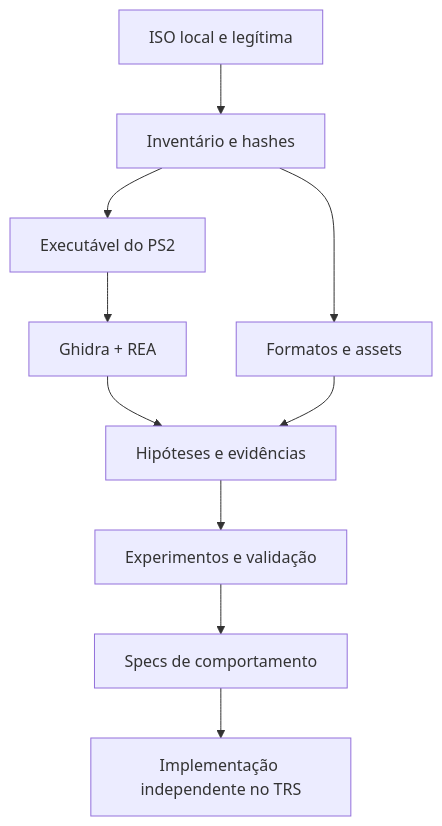
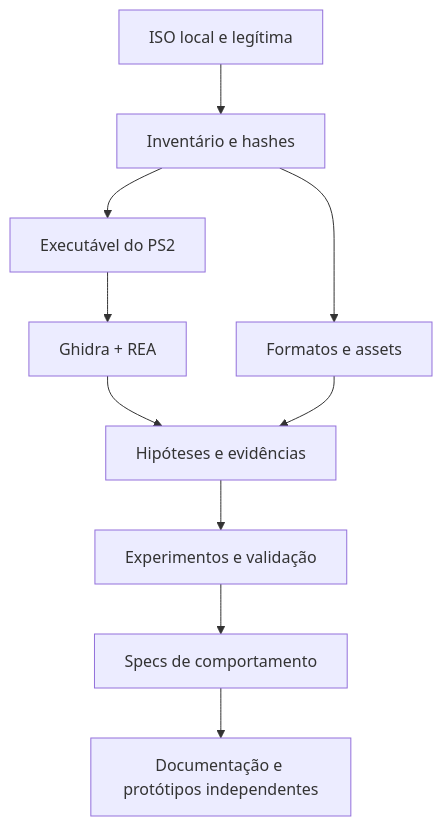
Before and after one commit to Nicolas25vlad/bomba-patch-rea: the diagram in README.md, drawn with Mermaid. The commit also changed other lines of this file, not shown here.

Commit message:
docs: decouple research from TRS and clarify copyright scope

````diff
--- a/README.md
+++ b/README.md
@@ -54,12 +58,12 @@
 ```mermaid
 flowchart TD
     ISO["ISO local e legítima"] --> Inventory["Inventário e hashes"]
     Inventory --> Assets["Formatos e assets"]
     Inventory --> ELF["Executável do PS2"]
     ELF --> Static["Ghidra + REA"]
     Static --> Evidence["Hipóteses e evidências"]
     Assets --> Evidence
     Evidence --> Validation["Experimentos e validação"]
     Validation --> Specs["Specs de comportamento"]
-    Specs --> Web["Implementação independente no TRS"]
+    Specs --> Outcome["Documentação e protótipos independentes"]
 ```
````
